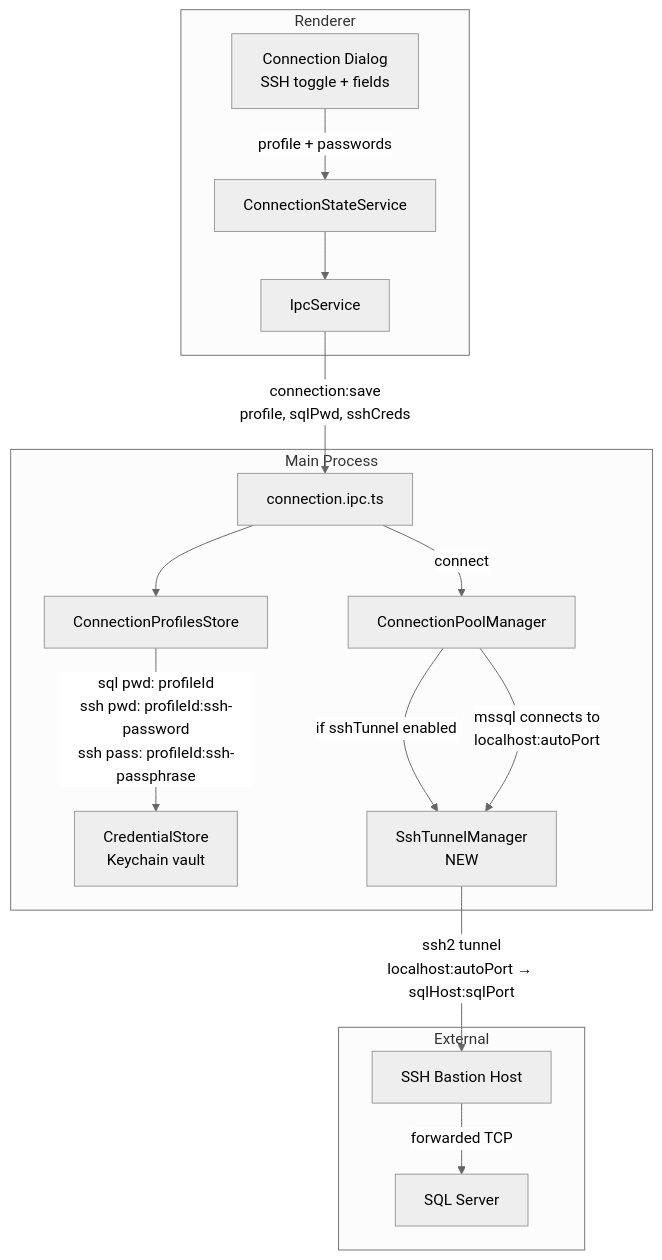
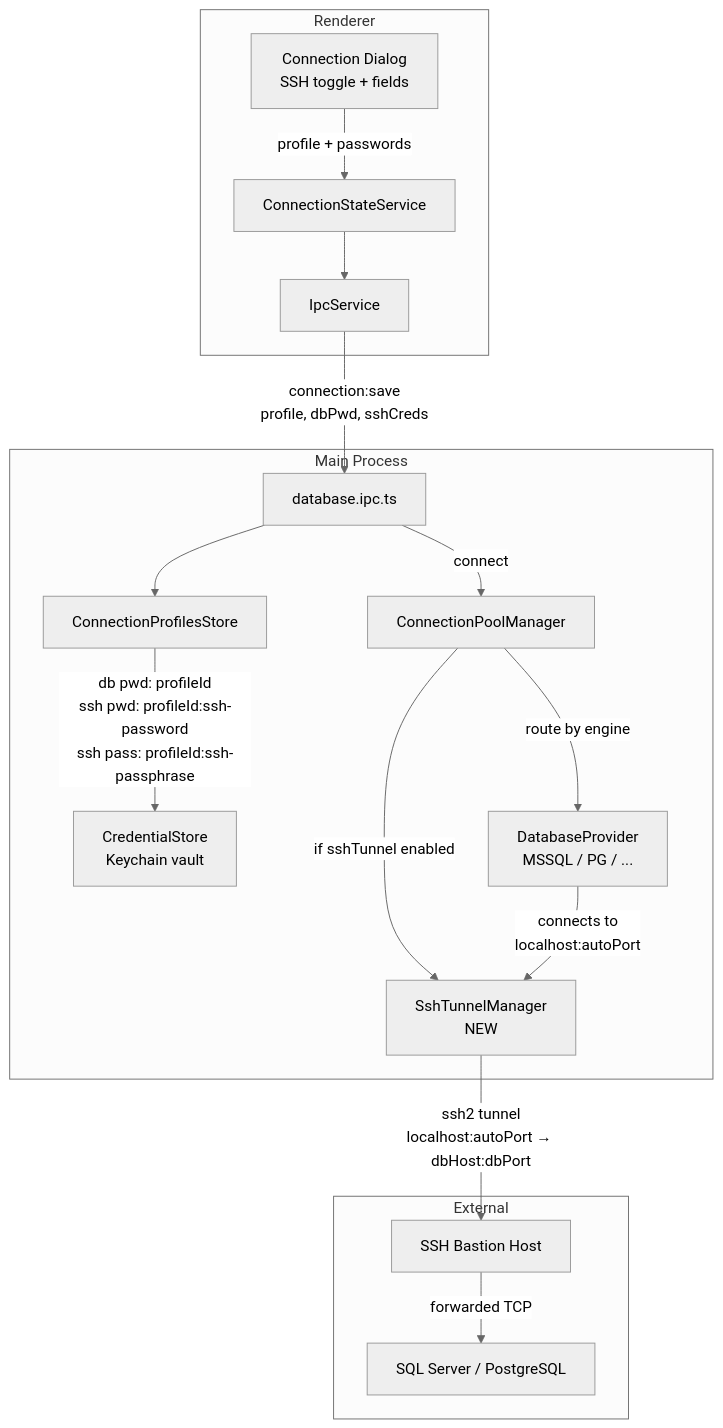
Before and after one commit to MemberJunction/Forge: the diagram in plans/2026-04-04-ssh-tunneling.md, drawn with Mermaid (neutral theme). The commit also changed other lines of this file, not shown here.

First line of the commit message:
docs: update SSH tunneling plan for multi-db-provider architecture

````diff
--- a/plans/2026-04-04-ssh-tunneling.md
+++ b/plans/2026-04-04-ssh-tunneling.md
@@ -9,33 +13,35 @@
 ```mermaid
 flowchart TD
     subgraph Renderer
         CD[Connection Dialog<br/>SSH toggle + fields]
         CS[ConnectionStateService]
         IPC[IpcService]
     end
 
     subgraph "Main Process"
-        CIPC[connection.ipc.ts]
+        CIPC[database.ipc.ts]
         CPS[ConnectionProfilesStore]
         CRED[CredentialStore<br/>Keychain vault]
         CPM[ConnectionPoolManager]
         SSH[SshTunnelManager<br/>NEW]
+        PROV[DatabaseProvider<br/>MSSQL / PG / ...]
     end
 
     subgraph External
         SSHD[SSH Bastion Host]
-        SQL[SQL Server]
+        DB[SQL Server / PostgreSQL]
     end
 
     CD -->|profile + passwords| CS
     CS --> IPC
-    IPC -->|connection:save<br/>profile, sqlPwd, sshCreds| CIPC
+    IPC -->|connection:save<br/>profile, dbPwd, sshCreds| CIPC
     CIPC --> CPS
-    CPS -->|sql pwd: profileId<br/>ssh pwd: profileId:ssh-password<br/>ssh pass: profileId:ssh-passphrase| CRED
+    CPS -->|db pwd: profileId<br/>ssh pwd: profileId:ssh-password<br/>ssh pass: profileId:ssh-passphrase| CRED
 
     CIPC -->|connect| CPM
     CPM -->|"if sshTunnel enabled"| SSH
-    SSH -->|"ssh2 tunnel<br/>localhost:autoPort → sqlHost:sqlPort"| SSHD
-    SSHD -->|forwarded TCP| SQL
-    CPM -->|"mssql connects to<br/>localhost:autoPort"| SSH
+    SSH -->|"ssh2 tunnel<br/>localhost:autoPort → dbHost:dbPort"| SSHD
+    SSHD -->|forwarded TCP| DB
+    CPM -->|"route by engine"| PROV
+    PROV -->|"connects to<br/>localhost:autoPort"| SSH
 ```
````
